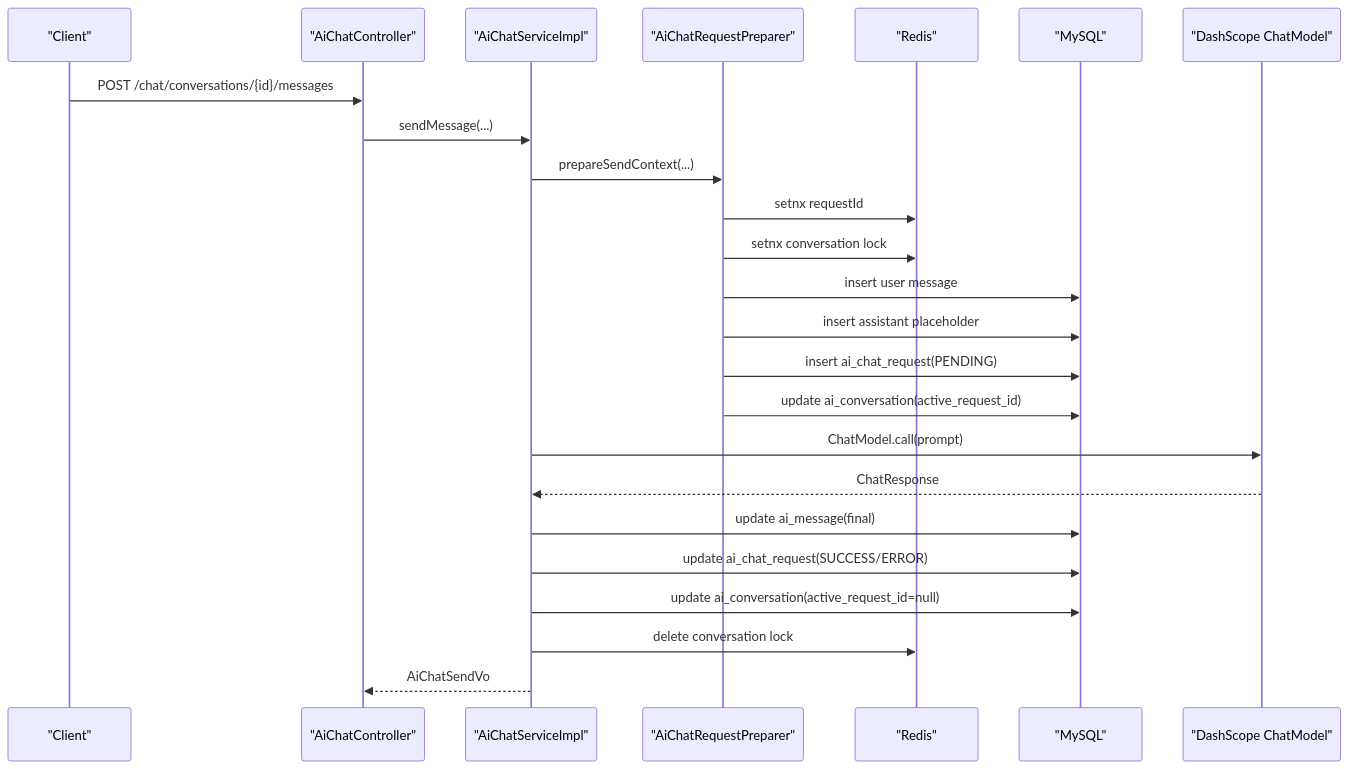
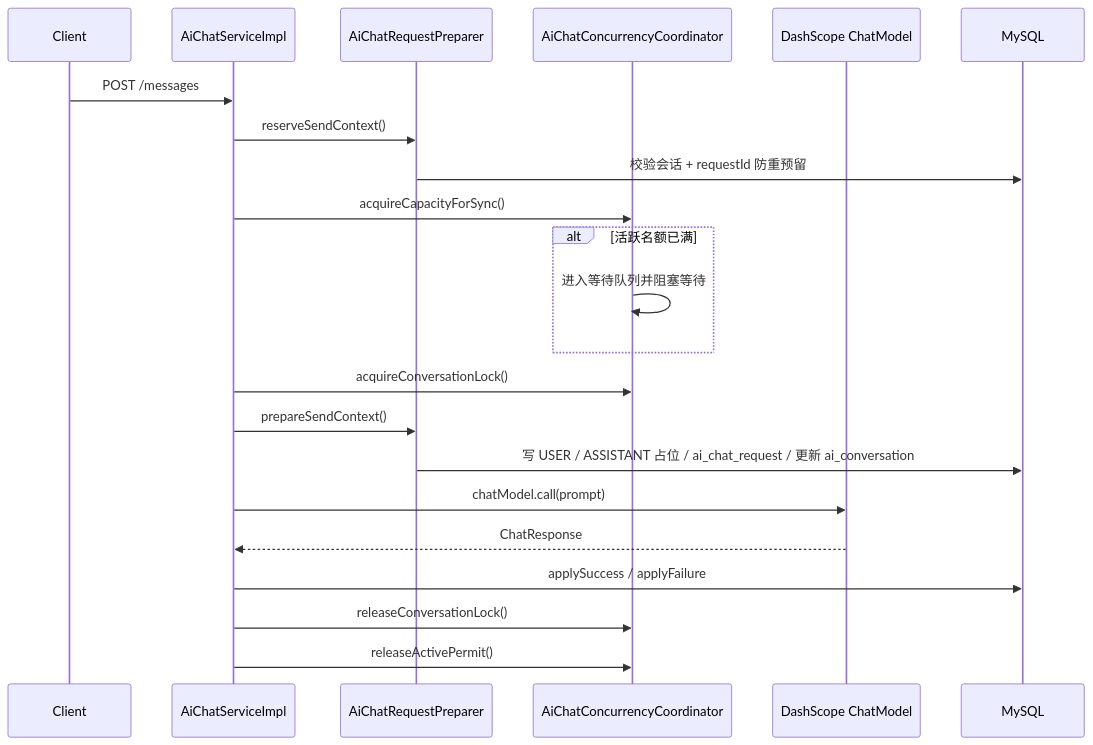
Before and after one commit to Askwayer/modular-hub: the second of 3 diagrams in docs/aichat/ai-chat-design.md, drawn with Mermaid. The commit also changed other lines of this file and 16 other files, not shown here.

````diff
--- a/docs/aichat/ai-chat-design.md
+++ b/docs/aichat/ai-chat-design.md
@@ -270,27 +273,25 @@
 ```mermaid
 sequenceDiagram
-    participant Client as "Client"
-    participant Controller as "AiChatController"
-    participant Service as "AiChatServiceImpl"
-    participant Preparer as "AiChatRequestPreparer"
-    participant Redis as "Redis"
-    participant DB as "MySQL"
-    participant Model as "DashScope ChatModel"
+    participant Client
+    participant Service as AiChatServiceImpl
+    participant Preparer as AiChatRequestPreparer
+    participant Concurrency as AiChatConcurrencyCoordinator
+    participant Model as DashScope ChatModel
+    participant DB as MySQL
 
-    Client->>Controller: POST /chat/conversations/{id}/messages
-    Controller->>Service: sendMessage(...)
-    Service->>Preparer: prepareSendContext(...)
-    Preparer->>Redis: setnx requestId
-    Preparer->>Redis: setnx conversation lock
-    Preparer->>DB: insert user message
-    Preparer->>DB: insert assistant placeholder
-    Preparer->>DB: insert ai_chat_request(PENDING)
-    Preparer->>DB: update ai_conversation(active_request_id)
-    Service->>Model: ChatModel.call(prompt)
+    Client->>Service: POST /messages
+    Service->>Preparer: reserveSendContext()
+    Preparer->>DB: 校验会话 + requestId 防重预留
+    Service->>Concurrency: acquireCapacityForSync()
+    alt 活跃名额已满
+        Concurrency->>Concurrency: 进入等待队列并阻塞等待
+    end
+    Service->>Concurrency: acquireConversationLock()
+    Service->>Preparer: prepareSendContext()
+    Preparer->>DB: 写 USER / ASSISTANT 占位 / ai_chat_request / 更新 ai_conversation
+    Service->>Model: chatModel.call(prompt)
     Model-->>Service: ChatResponse
-    Service->>DB: update ai_message(final)
-    Service->>DB: update ai_chat_request(SUCCESS/ERROR)
-    Service->>DB: update ai_conversation(active_request_id=null)
-    Service->>Redis: delete conversation lock
-    Service-->>Controller: AiChatSendVo
+    Service->>DB: applySuccess / applyFailure
+    Service->>Concurrency: releaseConversationLock()
+    Service->>Concurrency: releaseActivePermit()
 ```
````
